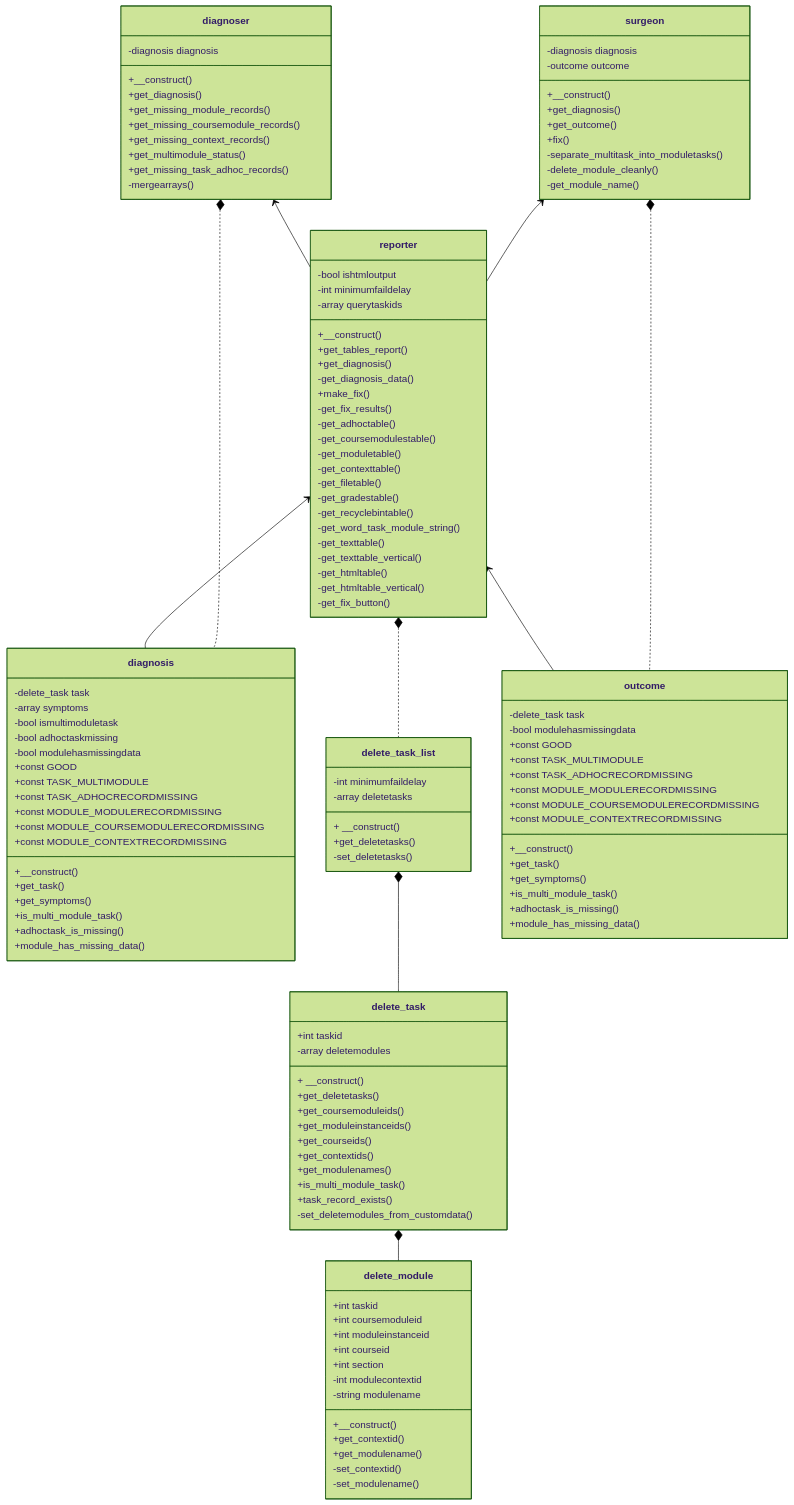
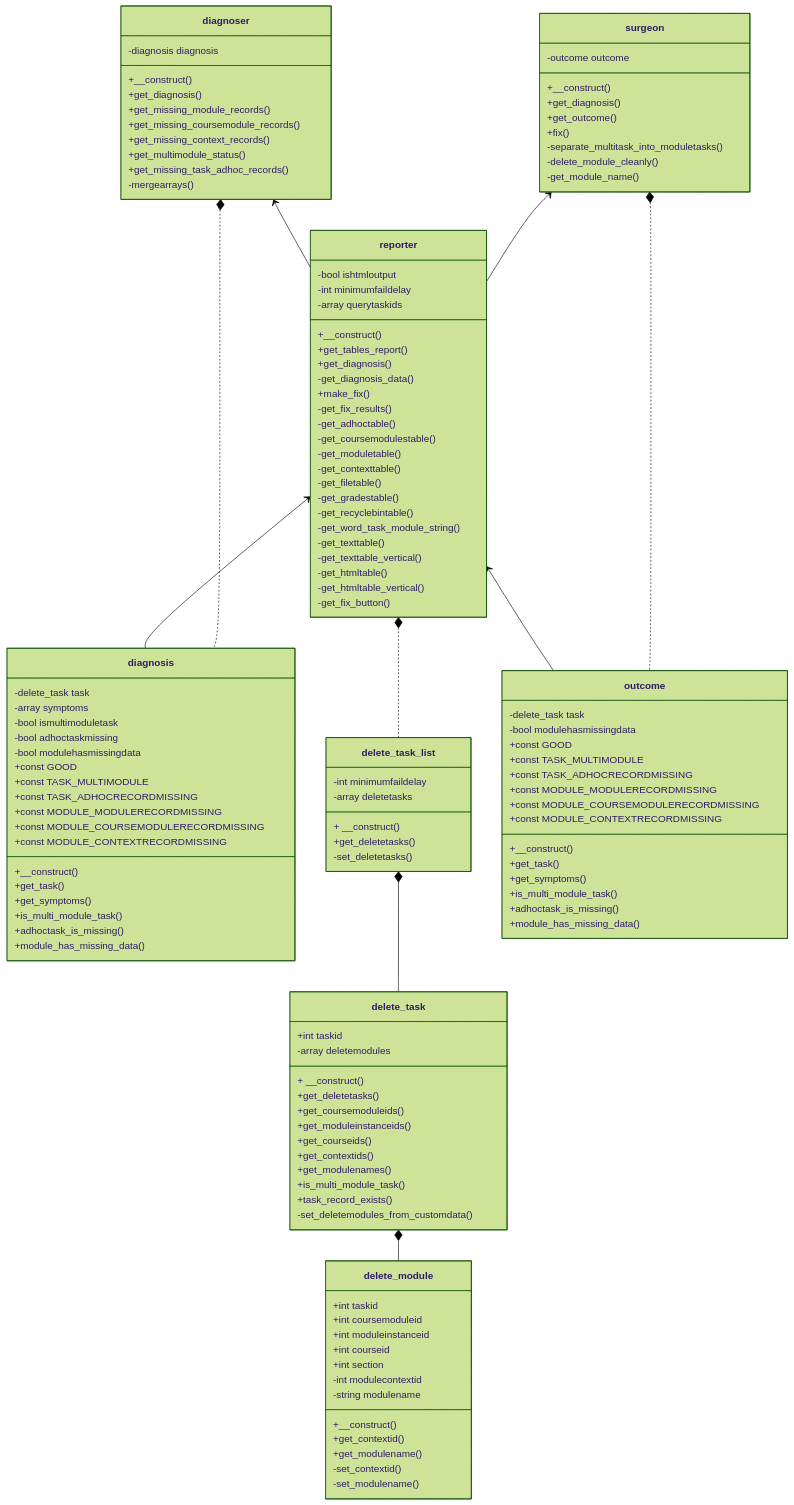
Before and after one commit to bradpasley/moodle-tool_fix_delete_modules: the diagram in uml_mermaid.md, drawn with Mermaid (forest theme).

Commit message:
update mermaid: remove unneeded attrib. for surgeon

```diff
--- a/uml_mermaid.md
+++ b/uml_mermaid.md
@@ -91,7 +91,6 @@
         +module_has_missing_data()
     }
     class surgeon{
-        -diagnosis diagnosis
         -outcome outcome
         +__construct()
         +get_diagnosis()
```
